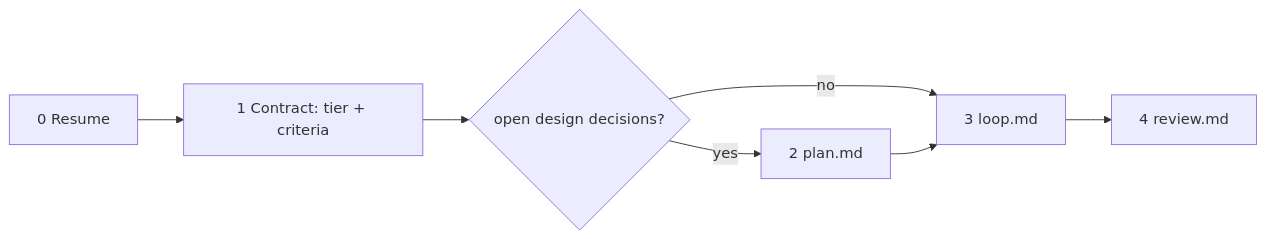
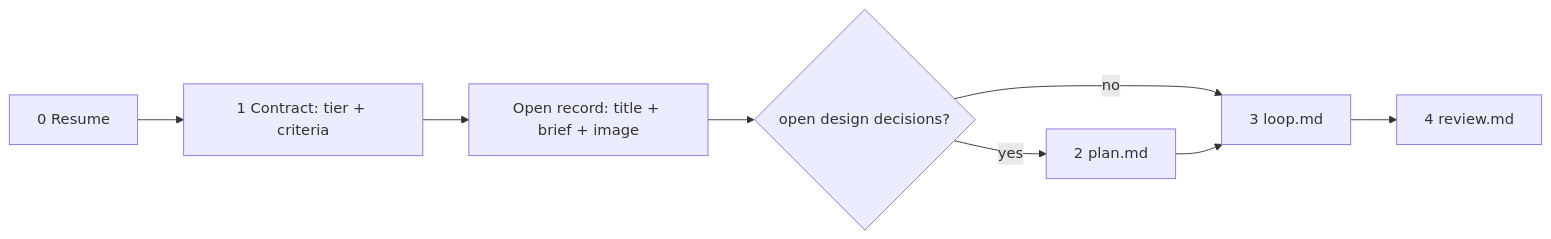
Before and after one commit to clab-one/justsend-plugin: the diagram in plugins/justsend/skills/justsend-work/SKILL.md, drawn with Mermaid. The commit also changed other lines of this file and 13 other files, not shown here.

````diff
--- a/plugins/justsend/skills/justsend-work/SKILL.md
+++ b/plugins/justsend/skills/justsend-work/SKILL.md
@@ -165,9 +148,10 @@
 ```mermaid
 graph LR
   A[0 Resume] --> B[1 Contract: tier + criteria]
-  B --> C{open design decisions?}
+  B --> W[Open record: title + brief + image]
+  W --> C{open design decisions?}
   C -- yes --> P[2 plan.md]
   C -- no --> L[3 loop.md]
   P --> L
   L --> R[4 review.md]
 ```
````
